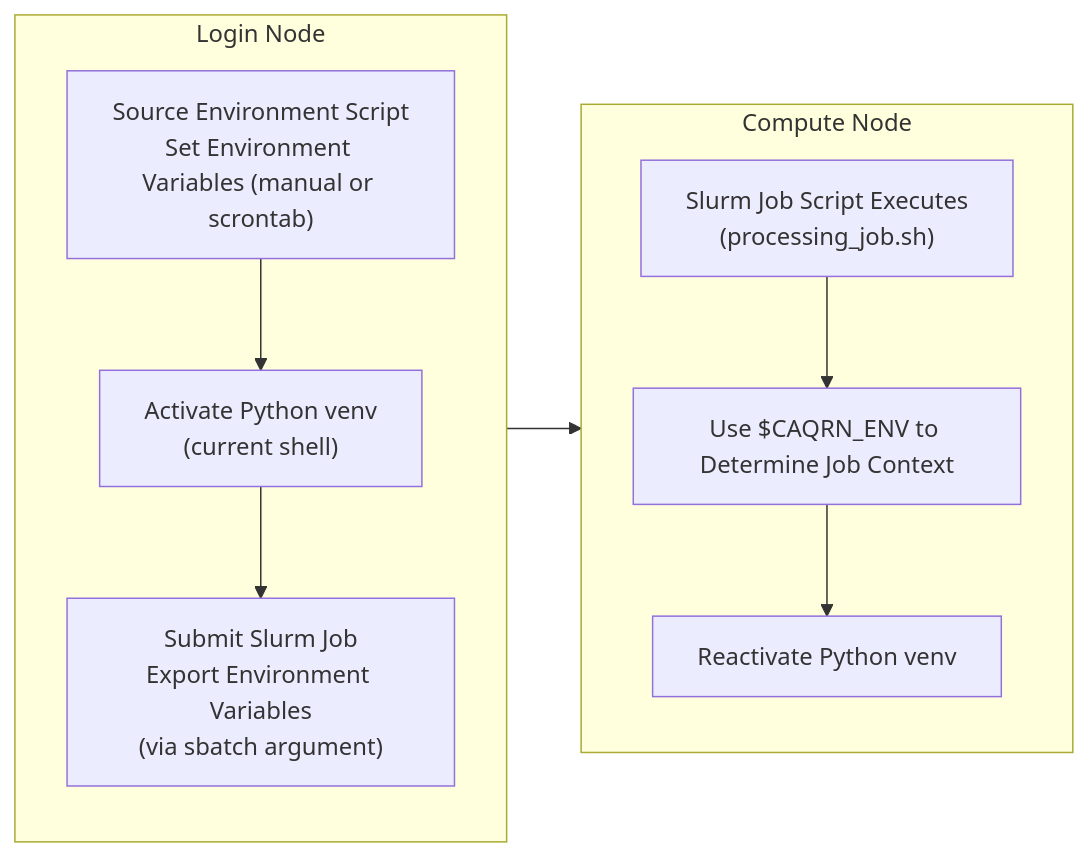
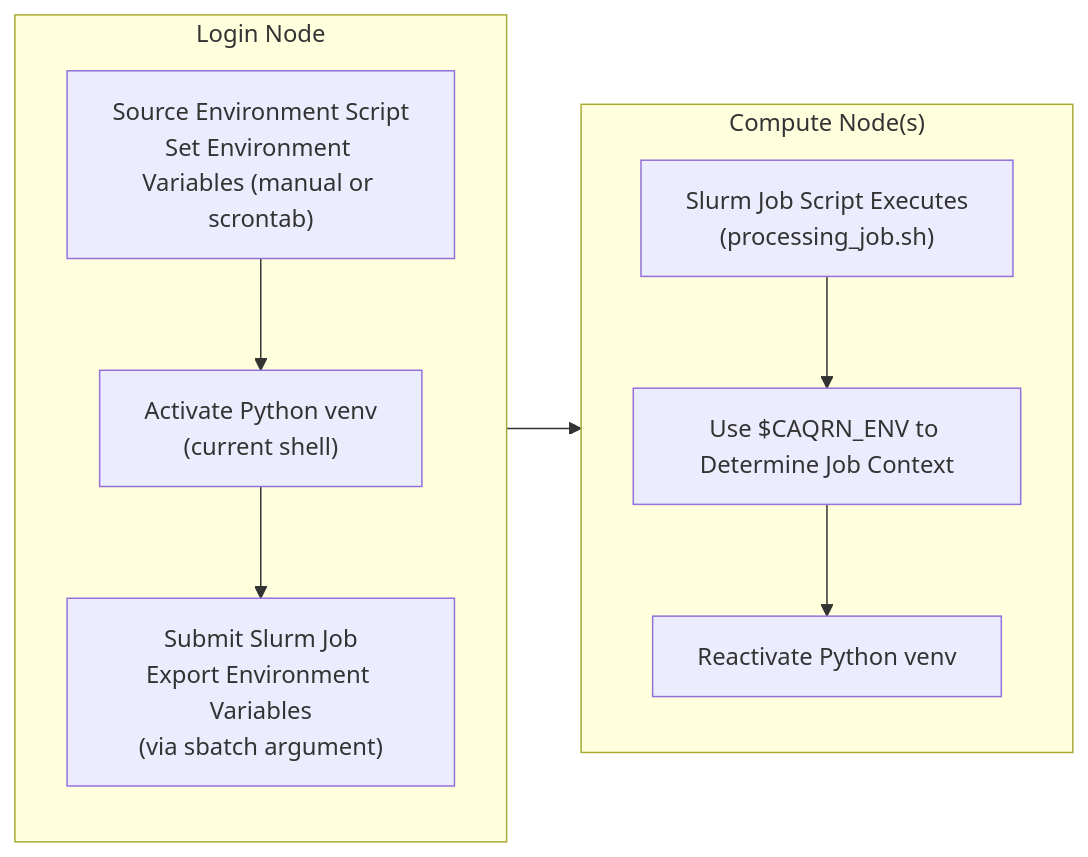
One commit to nandstand/sample-site changed the diagram in diagrams/python-venv-flow.mmd. Above: the diagram before and after it, drawn with Mermaid. The commit also changed 2 other files, not shown here.

Commit message:
Single source a flowchart that shows how python virtual env activation works

```diff
--- a/diagrams/python-venv-flow.mmd
+++ b/diagrams/python-venv-flow.mmd
@@ -1,14 +1,14 @@
 flowchart LR
     subgraph LN ["Login Node"]
         direction TB
         A1["Source Environment Script<br/>Set Environment Variables (manual or scrontab)"] --> A2
         A2["Activate Python venv<br/>(current shell)"] --> A3["Submit Slurm Job<br/>Export Environment Variables<br/>(via sbatch argument)"]
     end
     
-    subgraph CN ["Compute Node"]
+    subgraph CN ["Compute Node(s)"]
         direction TB
         B1["Slurm Job Script Executes<br/>(processing_job.sh)"] --> B2["Use $CAQRN_ENV to Determine Job Context"]
         B2 --> B3["Reactivate Python venv"] 
     end
     
     LN --> CN
```
